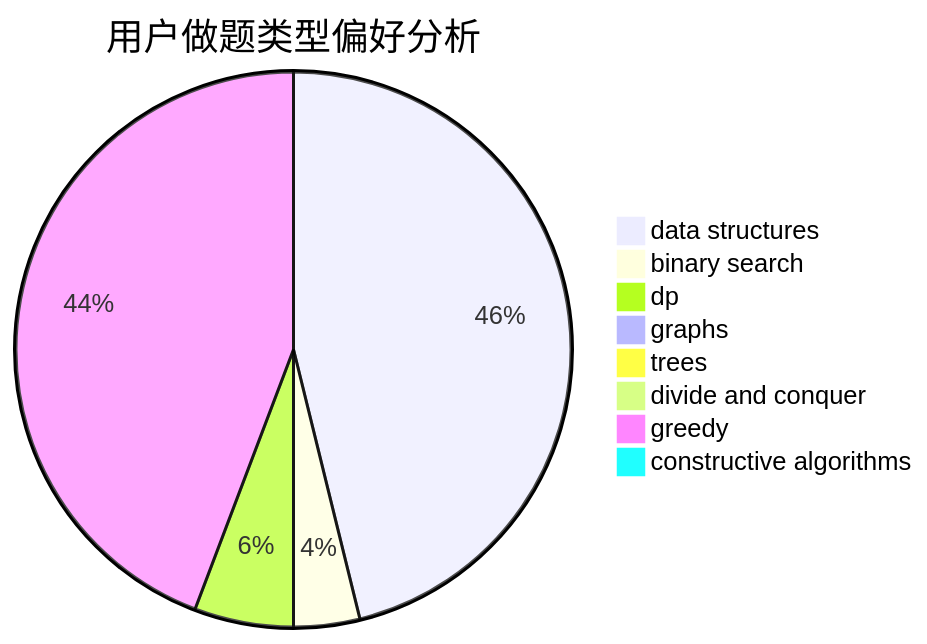
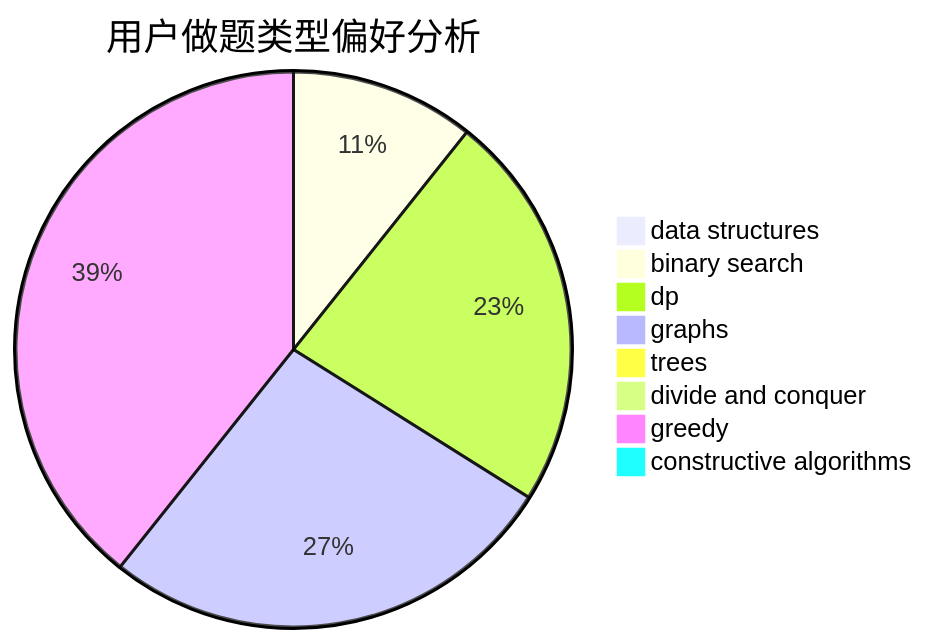
One commit to sherpahu/cfrs.github.io changed the second of 3 diagrams in docs/user/u2736.md. Above: the diagram before and after it, drawn with Mermaid. The commit also changed other lines of this file and 2770 other files, not shown here.

````diff
--- a/docs/user/u2736.md
+++ b/docs/user/u2736.md
@@ -23,11 +23,11 @@
 ```mermaid
 pie title 用户做题类型偏好分析
-    "data structures" :  24
-    "binary search" :  2
-    "dp" :  3
-    "graphs" :  0
+    "data structures" :  0
+    "binary search" :  6
+    "dp" :  13
+    "graphs" :  15
     "trees" :  0
     "divide and conquer" :  0
-    "greedy" :  23
+    "greedy" :  22
     "constructive algorithms" :  0
 ```
````
